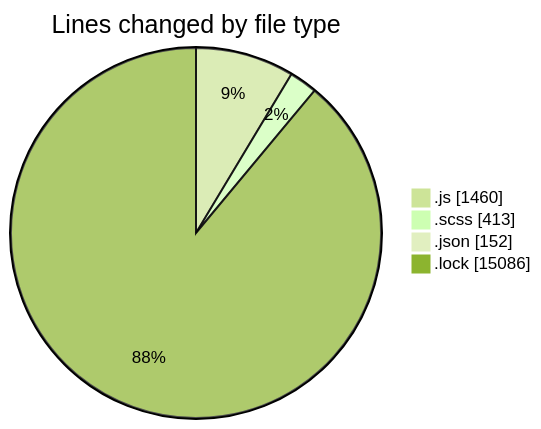
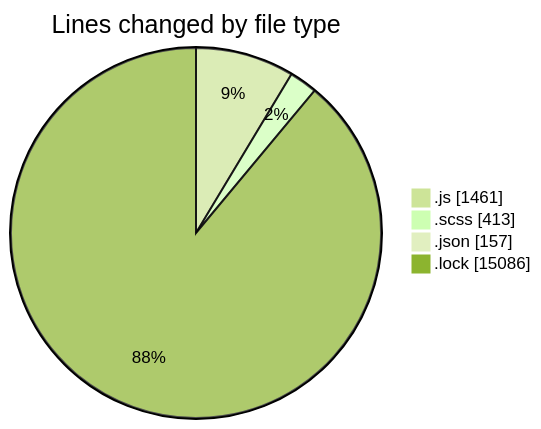
The first of 2 diagrams in 2026-01-05/cda/README.md (momahboobian/code-tracking), drawn with Mermaid (forest theme) before and after one commit. The commit also changed other lines of this file and 1 other file, not shown here.

````diff
--- a/2026-01-05/cda/README.md
+++ b/2026-01-05/cda/README.md
@@ -38,8 +38,8 @@
 ```mermaid
 pie showData
 title Lines changed by file type
-".js" : 1460
+".js" : 1461
 ".scss" : 413
-".json" : 152
+".json" : 157
 ".lock" : 15086
 ```
````
